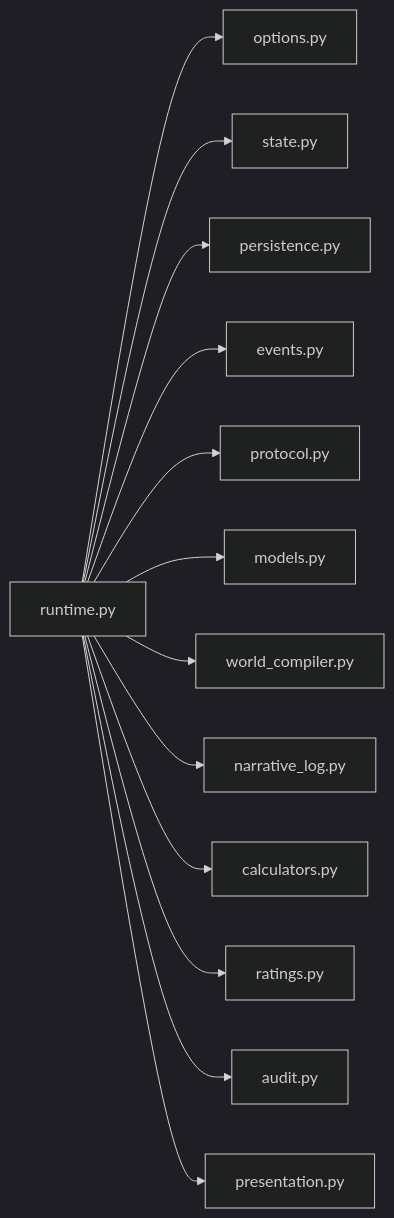
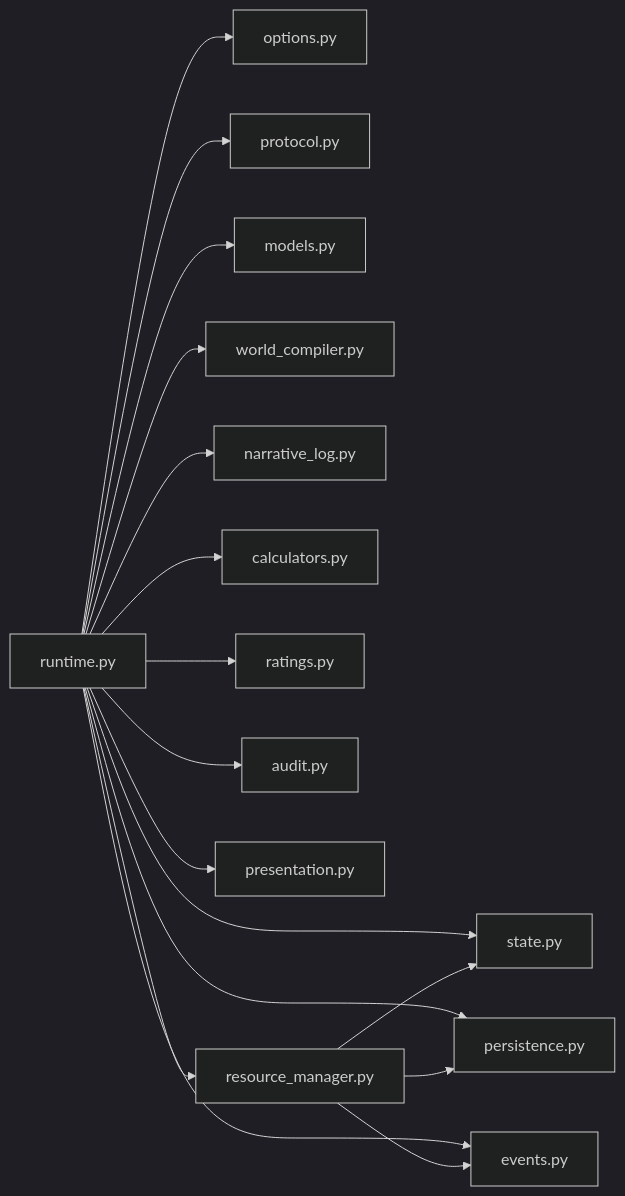
Diagram 12 of 12 in .qoder/repowiki/zh/content/运行时系统/运行时核心.md (Ivandanslespace/thegreatnovel), drawn with Mermaid (dark theme) before and after one commit. The commit also changed other lines of this file and 64 other files, not shown here.

````diff
--- a/.qoder/repowiki/zh/content/运行时系统/运行时核心.md
+++ b/.qoder/repowiki/zh/content/运行时系统/运行时核心.md
@@ -483,15 +589,19 @@
 ```mermaid
 graph LR
 RT["runtime.py"] --> OPT["options.py"]
 RT --> ST["state.py"]
 RT --> PERS["persistence.py"]
 RT --> EVT["events.py"]
 RT --> PROTO["protocol.py"]
 RT --> MODELS["models.py"]
 RT --> WC["world_compiler.py"]
 RT --> NL["narrative_log.py"]
 RT --> CALC["calculators.py"]
 RT --> RAT["ratings.py"]
 RT --> AUD["audit.py"]
 RT --> PRE["presentation.py"]
+RT --> RM["resource_manager.py"]
+RM --> ST
+RM --> PERS
+RM --> EVT
 ```
````
